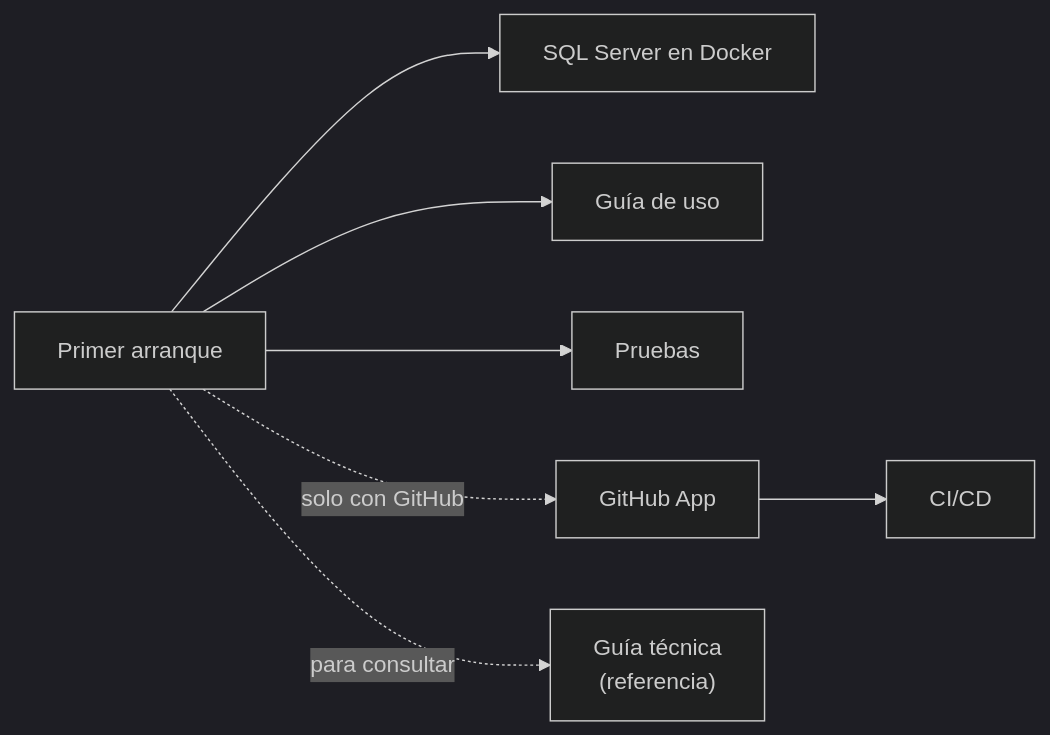
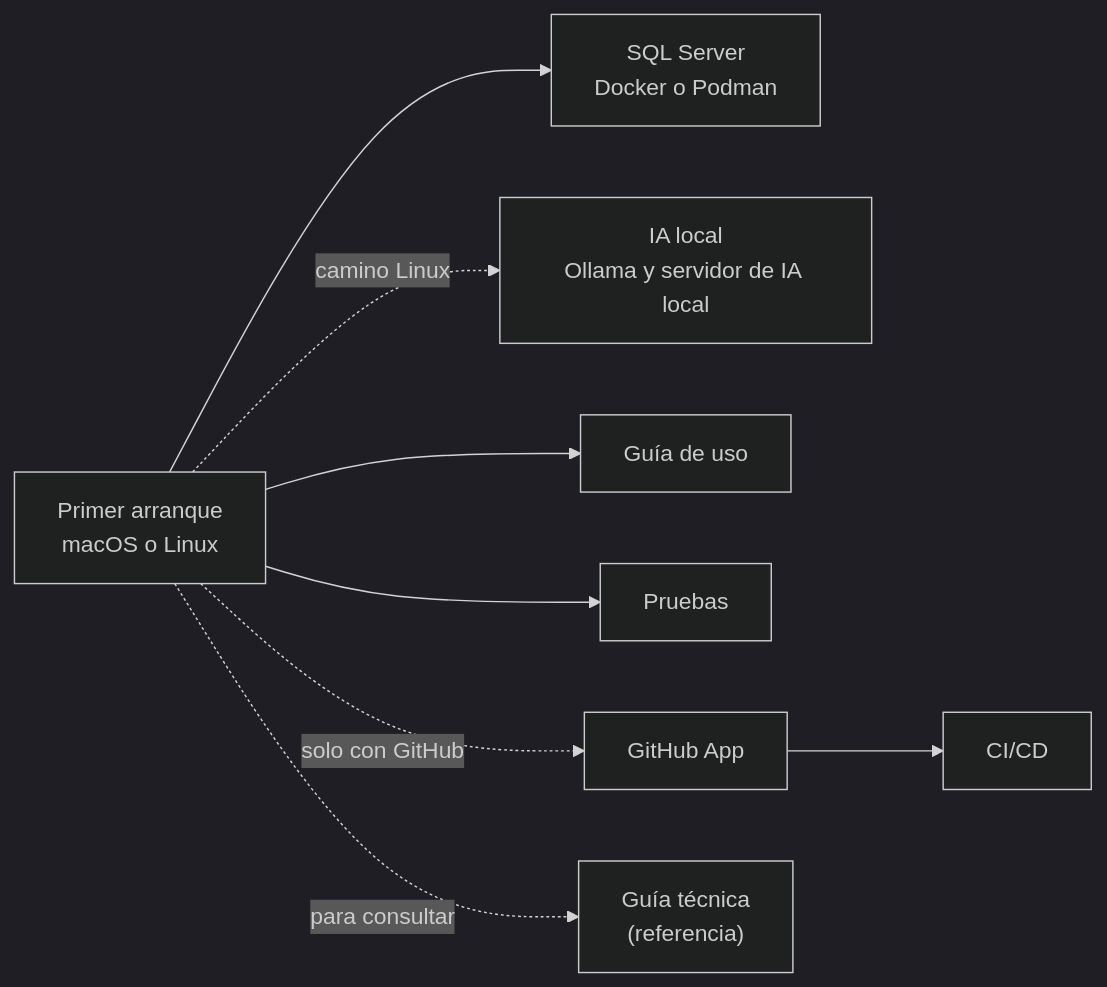
Before and after one commit to PabloP150/proyecto-is-cc6: the diagram in documentacion/07-guias/README.md, drawn with Mermaid (dark theme). The commit also changed other lines of this file and 204 other files, not shown here.

First line of the commit message:
docs: update all documentation, diagrams and PNGs to the test/e2e state

````diff
--- a/documentacion/07-guias/README.md
+++ b/documentacion/07-guias/README.md
@@ -5,9 +5,10 @@
 ```mermaid
 flowchart LR
-    PA["Primer arranque"] --> DB["SQL Server en Docker"]
+    PA["Primer arranque<br/>macOS o Linux"] --> DB["SQL Server<br/>Docker o Podman"]
+    PA -.->|"camino Linux"| IA["IA local<br/>Ollama y servidor de IA local"]
     PA --> GU["Guía de uso"]
     PA --> PR["Pruebas"]
     PA -.->|"solo con GitHub"| GA["GitHub App"]
     GA --> CI["CI/CD"]
     PA -.->|"para consultar"| GT["Guía técnica<br/>(referencia)"]
 ```
````
